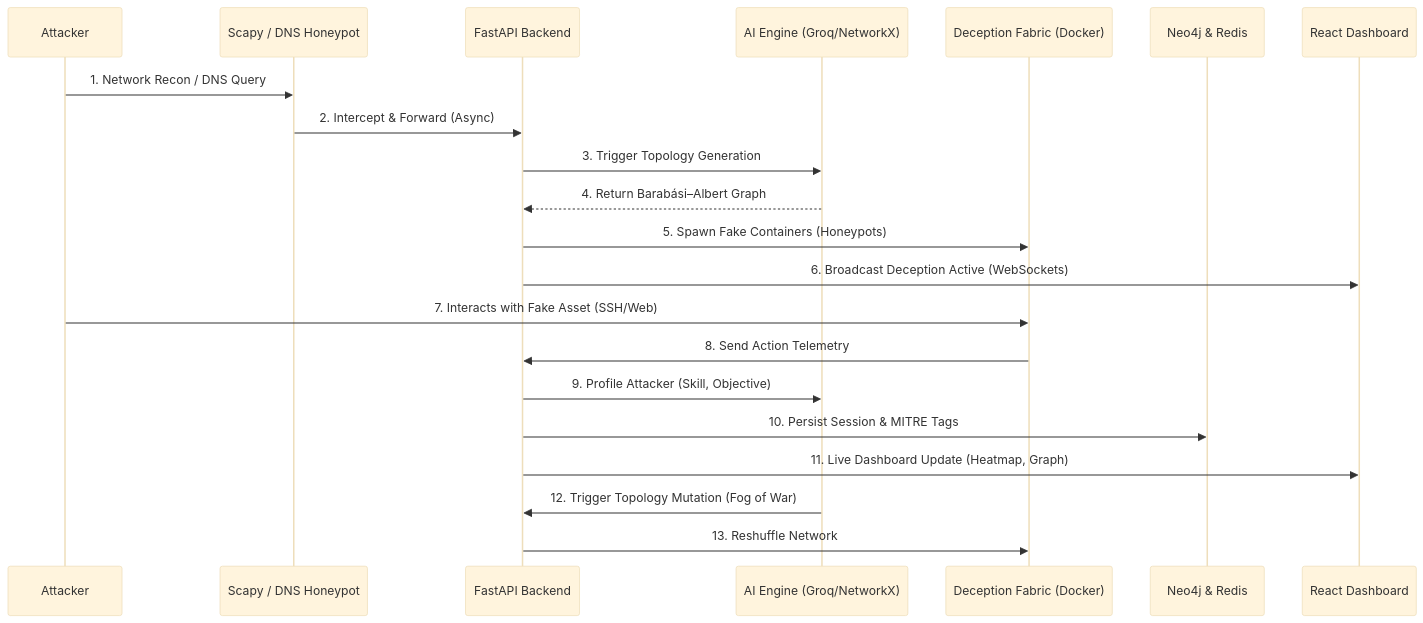
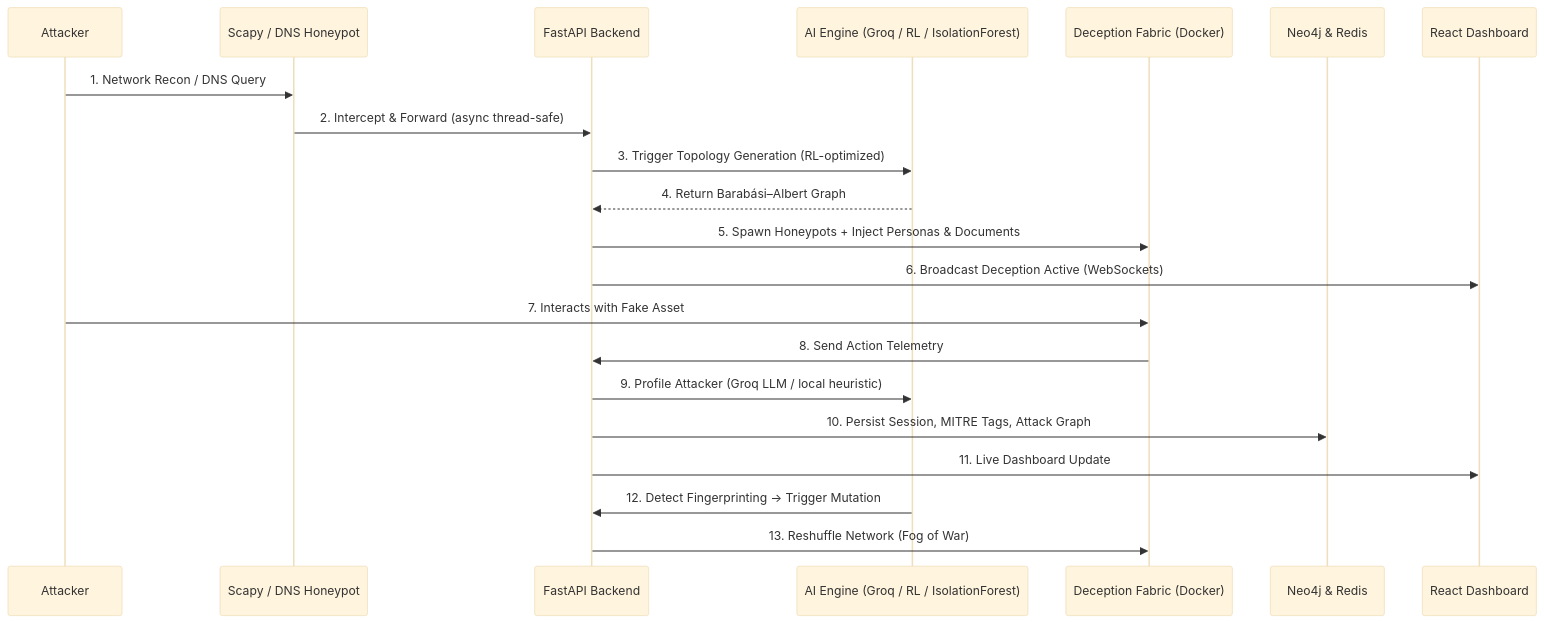
One commit to souma9830/ShadowMess-AI changed the diagram in README.md. Above: the diagram before and after it, drawn with Mermaid (base theme). The commit also changed other lines of this file and 1 other file, not shown here.

````diff
--- a/README.md
+++ b/README.md
@@ -23,24 +25,24 @@
 ```mermaid
 sequenceDiagram
     participant A as Attacker
     participant S as Scapy / DNS Honeypot
     participant B as FastAPI Backend
-    participant AI as AI Engine (Groq/NetworkX)
+    participant AI as AI Engine (Groq / RL / IsolationForest)
     participant D as Deception Fabric (Docker)
     participant DB as Neo4j & Redis
     participant F as React Dashboard
 
     A->>S: 1. Network Recon / DNS Query
-    S->>B: 2. Intercept & Forward (Async)
-    B->>AI: 3. Trigger Topology Generation
+    S->>B: 2. Intercept & Forward (async thread-safe)
+    B->>AI: 3. Trigger Topology Generation (RL-optimized)
     AI-->>B: 4. Return Barabási–Albert Graph
-    B->>D: 5. Spawn Fake Containers (Honeypots)
+    B->>D: 5. Spawn Honeypots + Inject Personas & Documents
     B->>F: 6. Broadcast Deception Active (WebSockets)
-    A->>D: 7. Interacts with Fake Asset (SSH/Web)
+    A->>D: 7. Interacts with Fake Asset
     D->>B: 8. Send Action Telemetry
-    B->>AI: 9. Profile Attacker (Skill, Objective)
-    B->>DB: 10. Persist Session & MITRE Tags
-    B->>F: 11. Live Dashboard Update (Heatmap, Graph)
-    AI->>B: 12. Trigger Topology Mutation (Fog of War)
-    B->>D: 13. Reshuffle Network
+    B->>AI: 9. Profile Attacker (Groq LLM / local heuristic)
+    B->>DB: 10. Persist Session, MITRE Tags, Attack Graph
+    B->>F: 11. Live Dashboard Update
+    AI->>B: 12. Detect Fingerprinting → Trigger Mutation
+    B->>D: 13. Reshuffle Network (Fog of War)
 ```
````
